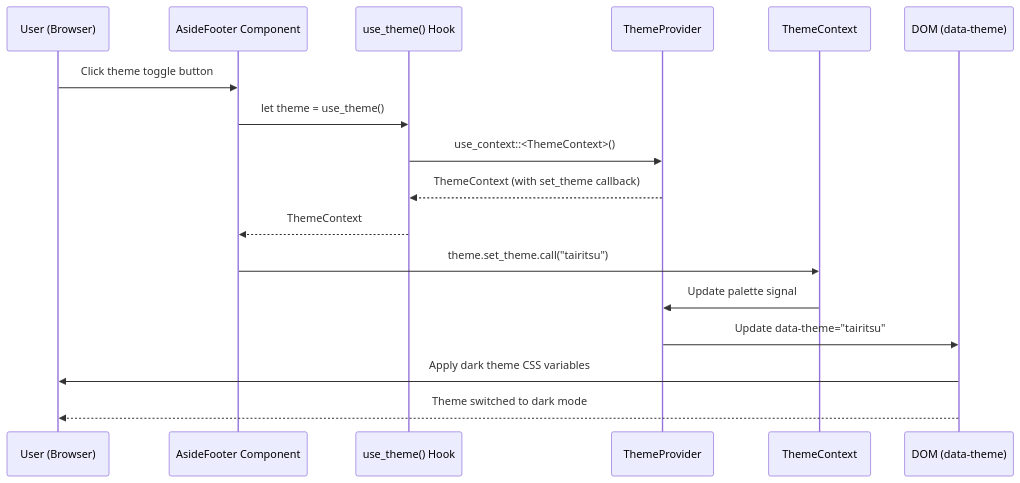
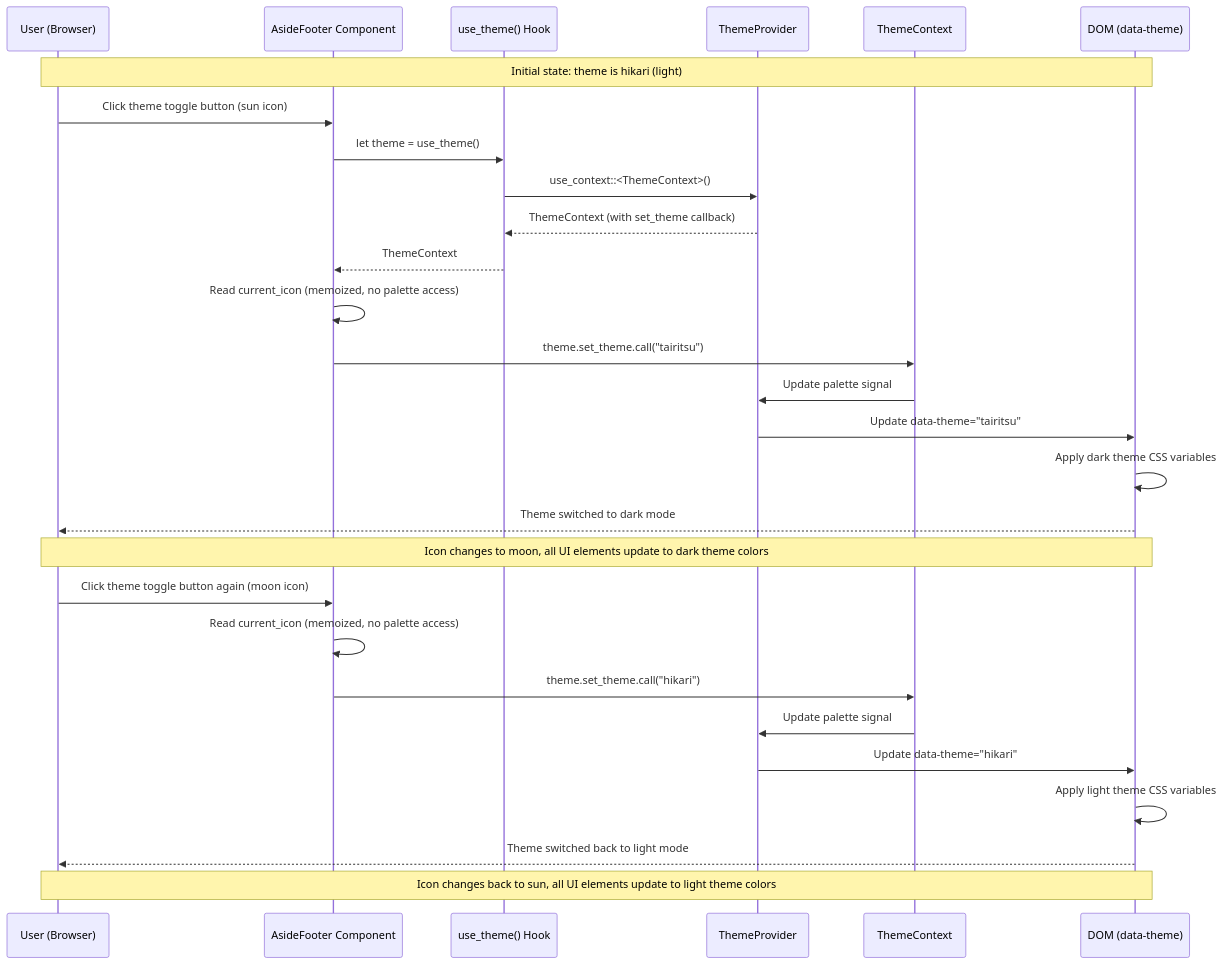
One commit to celestia-island/hikari changed the first of 2 diagrams in PLAN.md. Above: the diagram before and after it, drawn with Mermaid. The commit also changed other lines of this file and 1 other file, not shown here.

Commit message:
🐛 Fix RefCell borrow conflict in theme toggle by using cloned() and memoized icon

````diff
--- a/PLAN.md
+++ b/PLAN.md
@@ -198,20 +283,33 @@
 ```mermaid
 sequenceDiagram
     participant User as User (Browser)
     participant AsideFooter as AsideFooter Component
     participant use_theme as use_theme() Hook
     participant ThemeProvider as ThemeProvider
     participant ThemeContext as ThemeContext
     participant DOM as DOM (data-theme)
 
-    User->>AsideFooter: Click theme toggle button
+    Note over User,DOM: Initial state: theme is hikari (light)
+
+    User->>AsideFooter: Click theme toggle button (sun icon)
     AsideFooter->>use_theme: let theme = use_theme()
     use_theme->>ThemeProvider: use_context::<ThemeContext>()
     ThemeProvider-->>use_theme: ThemeContext (with set_theme callback)
     use_theme-->>AsideFooter: ThemeContext
+    AsideFooter->>AsideFooter: Read current_icon (memoized, no palette access)
     AsideFooter->>ThemeContext: theme.set_theme.call("tairitsu")
     ThemeContext->>ThemeProvider: Update palette signal
     ThemeProvider->>DOM: Update data-theme="tairitsu"
-    DOM->>User: Apply dark theme CSS variables
+    DOM->>DOM: Apply dark theme CSS variables
     DOM-->>User: Theme switched to dark mode
+    Note over User,DOM: Icon changes to moon, all UI elements update to dark theme colors
+
+    User->>AsideFooter: Click theme toggle button again (moon icon)
+    AsideFooter->>AsideFooter: Read current_icon (memoized, no palette access)
+    AsideFooter->>ThemeContext: theme.set_theme.call("hikari")
+    ThemeContext->>ThemeProvider: Update palette signal
+    ThemeProvider->>DOM: Update data-theme="hikari"
+    DOM->>DOM: Apply light theme CSS variables
+    DOM-->>User: Theme switched back to light mode
+    Note over User,DOM: Icon changes back to sun, all UI elements update to light theme colors
 ```
````
